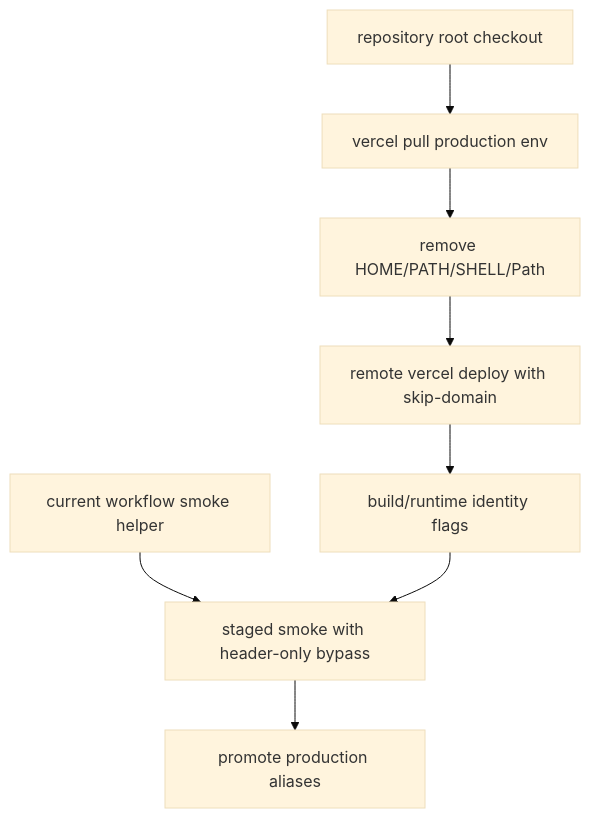
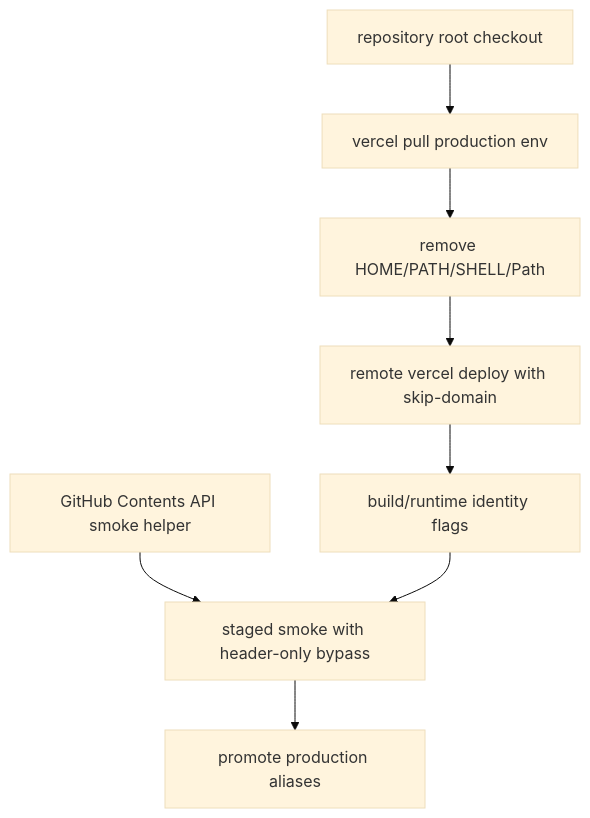
The diagram in updates/README_VERCEL_PRODUCTION_BUILD_SHELL_ENV_FIX.md (ramideltoro/nutsnews-docs), drawn with Mermaid (base theme) before and after one commit. The commit also changed other lines of this file, not shown here.

Commit message:
docs: document GitHub API smoke helper export

````diff
--- a/updates/README_VERCEL_PRODUCTION_BUILD_SHELL_ENV_FIX.md
+++ b/updates/README_VERCEL_PRODUCTION_BUILD_SHELL_ENV_FIX.md
@@ -111,10 +122,10 @@
 ```mermaid
 flowchart TD
   root["repository root checkout"] --> pull["vercel pull production env"]
   pull --> strip["remove HOME/PATH/SHELL/Path"]
   strip --> staged["remote vercel deploy with skip-domain"]
   staged --> identity["build/runtime identity flags"]
-  current["current workflow smoke helper"] --> smoke["staged smoke with header-only bypass"]
+  current["GitHub Contents API smoke helper"] --> smoke["staged smoke with header-only bypass"]
   identity --> smoke
   smoke --> promote["promote production aliases"]
 ```
````
